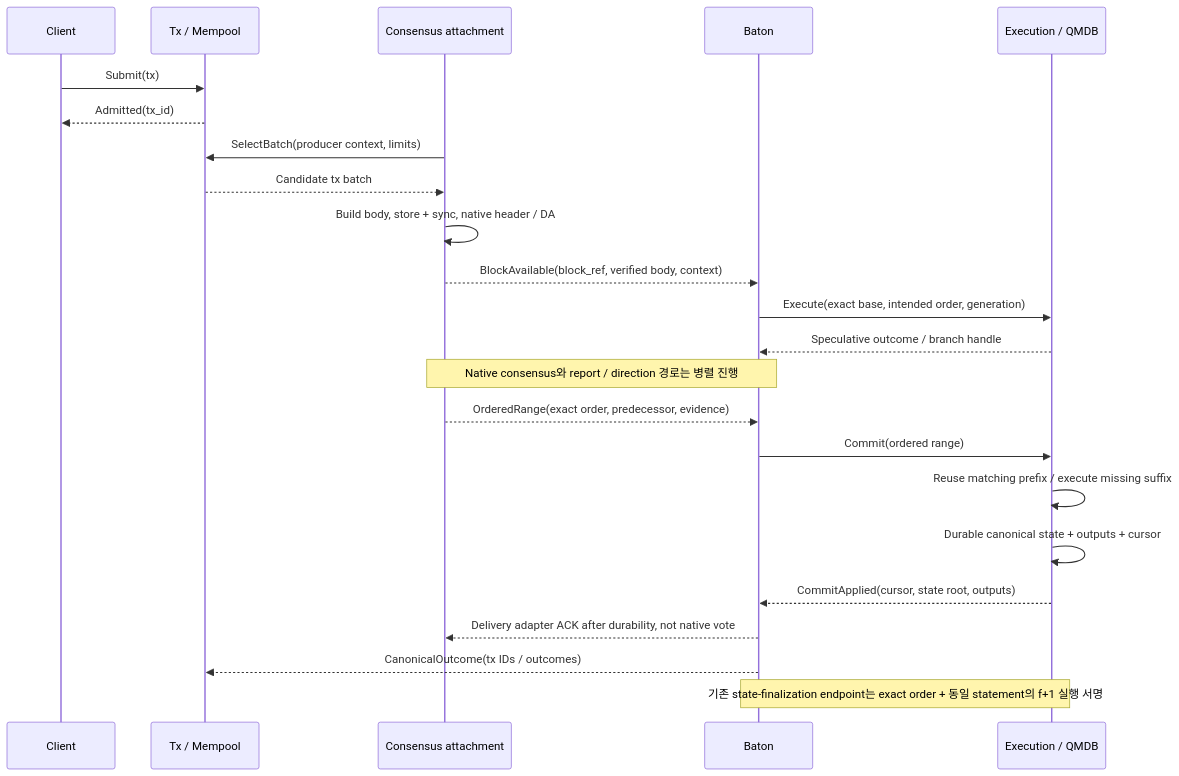
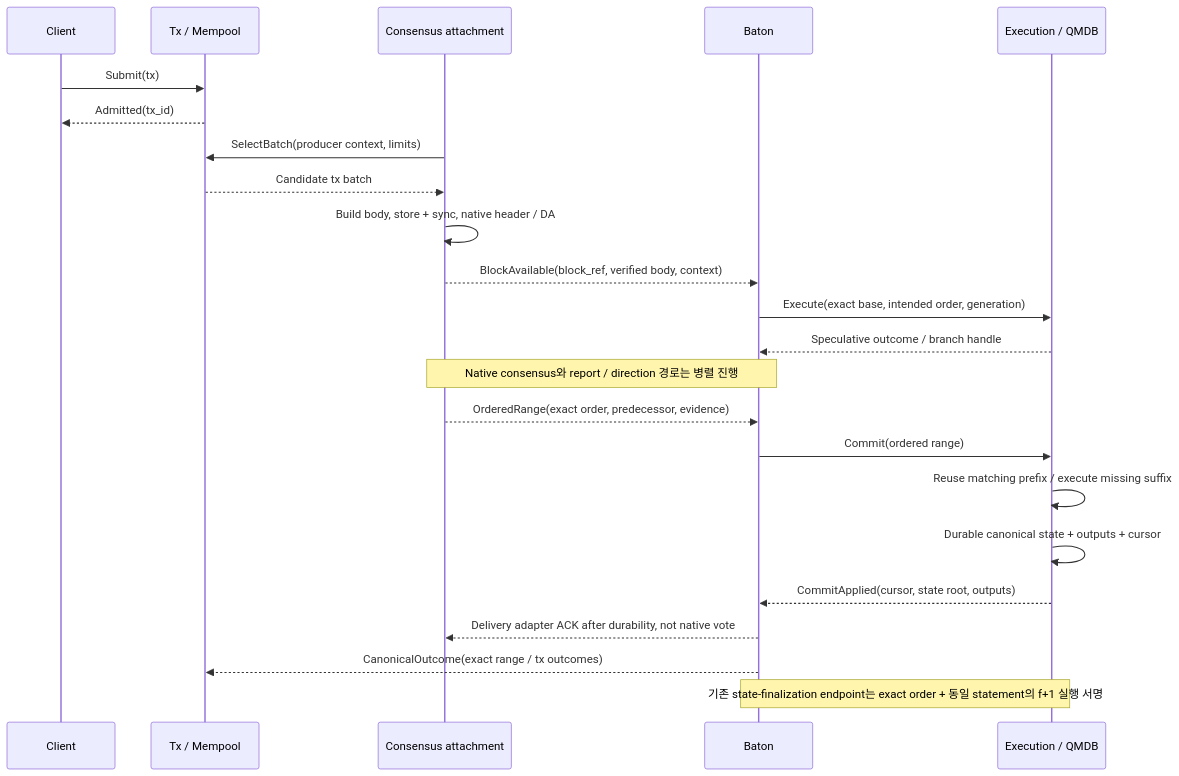
Before and after one commit to djm07073/baton-research: the second of 17 diagrams in IMPLEMENTATION_SPEC.md, drawn with Mermaid. The commit also changed other lines of this file and 30 other files, not shown here.

````diff
--- a/IMPLEMENTATION_SPEC.md
+++ b/IMPLEMENTATION_SPEC.md
@@ -169,25 +173,25 @@
 ```mermaid
 sequenceDiagram
     participant C as Client
     participant T as Tx / Mempool
     participant N as Consensus attachment
     participant B as Baton
     participant E as Execution / QMDB
     C->>T: Submit(tx)
     T-->>C: Admitted(tx_id)
     N->>T: SelectBatch(producer context, limits)
     T-->>N: Candidate tx batch
     N->>N: Build body, store + sync, native header / DA
     N-->>B: BlockAvailable(block_ref, verified body, context)
     B->>E: Execute(exact base, intended order, generation)
     E-->>B: Speculative outcome / branch handle
     Note over N,B: Native consensus와 report / direction 경로는 병렬 진행
     N-->>B: OrderedRange(exact order, predecessor, evidence)
     B->>E: Commit(ordered range)
     E->>E: Reuse matching prefix / execute missing suffix
     E->>E: Durable canonical state + outputs + cursor
     E-->>B: CommitApplied(cursor, state root, outputs)
     B-->>N: Delivery adapter ACK after durability, not native vote
-    B-->>T: CanonicalOutcome(tx IDs / outcomes)
+    B-->>T: CanonicalOutcome(exact range / tx outcomes)
     Note over B,E: 기존 state-finalization endpoint는 exact order + 동일 statement의 f+1 실행 서명
 ```
````
